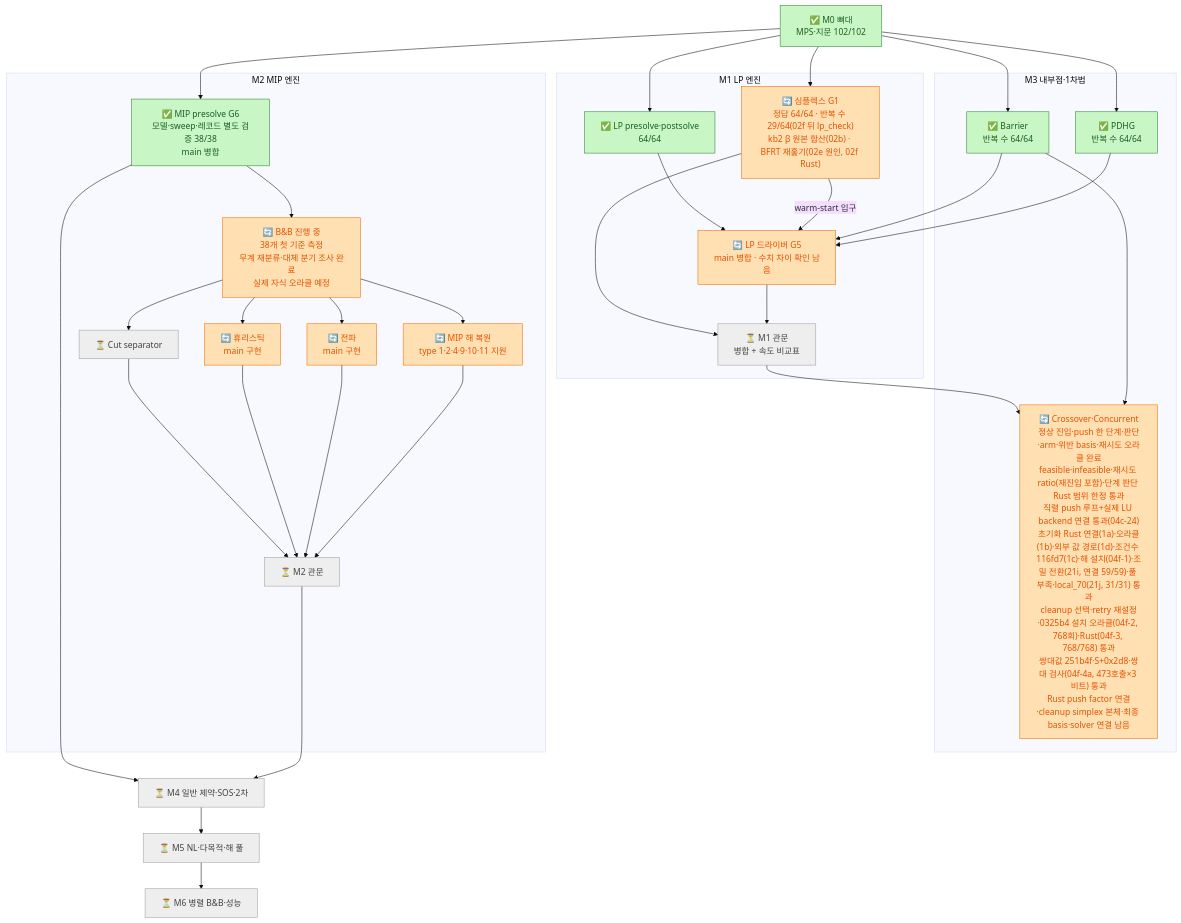
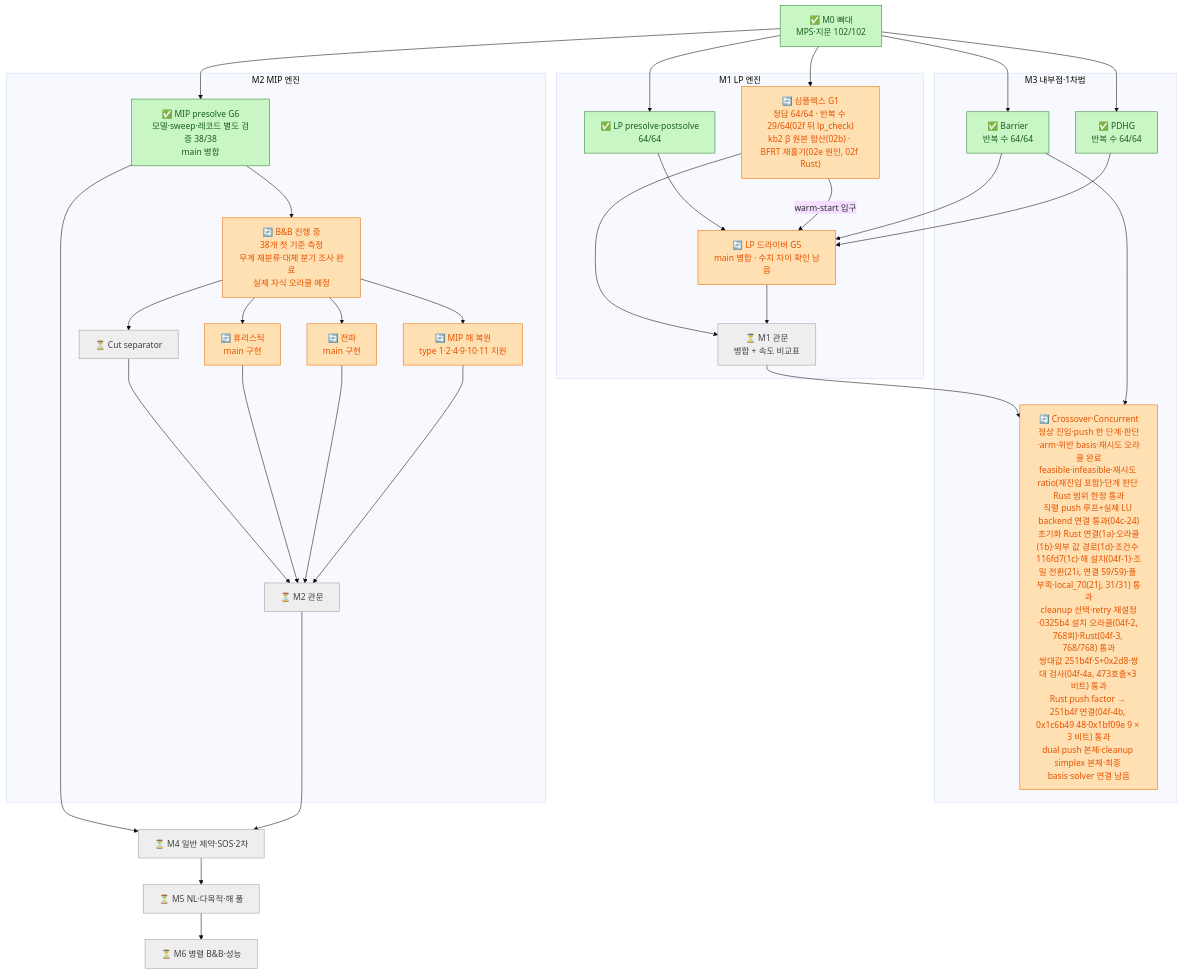
The diagram in docs/12_roadmap_diagram.md (kjh278231/kerobi), drawn with Mermaid (base theme) before and after one commit. The commit also changed other lines of this file and 7 other files, not shown here.

Commit message:
M3-04f-4b: 결과·판정·교훈·인계·진행 문서 — 0x1c6b49 48·0x1bf09e 9호출×3 비트 일치, 경계 변경 근거(Crossover 3 dual push)

````diff
--- a/docs/12_roadmap_diagram.md
+++ b/docs/12_roadmap_diagram.md
@@ -223,49 +225,49 @@
 ```mermaid
 flowchart TD
     classDef done fill:#c8f7c5,stroke:#2e7d32,color:#1b5e20
     classDef doing fill:#ffe0b2,stroke:#ef6c00,color:#e65100
     classDef pending fill:#bbdefb,stroke:#1565c0,color:#0d47a1
     classDef todo fill:#eeeeee,stroke:#9e9e9e,color:#424242
 
     M0["✅ M0 뼈대<br/>MPS·지문 102/102"]:::done
 
     subgraph M1["M1 LP 엔진"]
         PRE["✅ LP presolve·postsolve<br/>64/64"]:::done
         SPX["🔄 심플렉스 G1<br/>정답 64/64 · 반복 수 29/64(02f 뒤 lp_check)<br/>kb2 β 원본 합산(02b) · BFRT 재훑기(02e 원인, 02f Rust)"]:::doing
         DRV["🔄 LP 드라이버 G5<br/>main 병합 · 수치 차이 확인 남음"]:::doing
         GATE1["⏳ M1 관문<br/>병합 + 속도 비교표"]:::todo
     end
 
     subgraph M3["M3 내부점·1차법"]
         BAR["✅ Barrier<br/>반복 수 64/64"]:::done
         PDHG["✅ PDHG<br/>반복 수 64/64"]:::done
-        XO["🔄 Crossover·Concurrent<br/>정상 진입·push 한 단계·판단·arm·위반 basis·재시도 오라클 완료<br/>feasible·infeasible·재시도 ratio(재진입 포함)·단계 판단 Rust 범위 한정 통과<br/>직렬 push 루프+실제 LU backend 연결 통과(04c-24)<br/>초기화 Rust 연결(1a)·오라클(1b)·외부 값 경로(1d)·조건수 116fd7(1c)·해 설치(04f-1)·조밀 전환(21i, 연결 59/59)·풀 부족·local_70(21j, 31/31) 통과<br/>cleanup 선택·retry 재설정·0325b4 설치 오라클(04f-2, 768회)·Rust(04f-3, 768/768) 통과<br/>쌍대값 251b4f·S+0x2d8·쌍대 검사(04f-4a, 473호출×3 비트) 통과<br/>Rust push factor 연결·cleanup simplex 본체·최종 basis·solver 연결 남음"]:::doing
+        XO["🔄 Crossover·Concurrent<br/>정상 진입·push 한 단계·판단·arm·위반 basis·재시도 오라클 완료<br/>feasible·infeasible·재시도 ratio(재진입 포함)·단계 판단 Rust 범위 한정 통과<br/>직렬 push 루프+실제 LU backend 연결 통과(04c-24)<br/>초기화 Rust 연결(1a)·오라클(1b)·외부 값 경로(1d)·조건수 116fd7(1c)·해 설치(04f-1)·조밀 전환(21i, 연결 59/59)·풀 부족·local_70(21j, 31/31) 통과<br/>cleanup 선택·retry 재설정·0325b4 설치 오라클(04f-2, 768회)·Rust(04f-3, 768/768) 통과<br/>쌍대값 251b4f·S+0x2d8·쌍대 검사(04f-4a, 473호출×3 비트) 통과<br/>Rust push factor → 251b4f 연결(04f-4b, 0x1c6b49 48·0x1bf09e 9 × 3 비트) 통과<br/>dual push 본체·cleanup simplex 본체·최종 basis·solver 연결 남음"]:::doing
     end
 
     subgraph M2["M2 MIP 엔진"]
         MPRE["✅ MIP presolve G6<br/>모델·sweep·레코드 별도 검증 38/38<br/>main 병합"]:::done
         BNB["🔄 B&B 진행 중<br/>38개 첫 기준 측정<br/>무계 재분류·대체 분기 조사 완료<br/>실제 자식 오라클 예정"]:::doing
         CUT["⏳ Cut separator"]:::todo
         HEU["🔄 휴리스틱<br/>main 구현"]:::doing
         PROP["🔄 전파<br/>main 구현"]:::doing
         POST["🔄 MIP 해 복원<br/>type 1·2·4·9·10·11 지원"]:::doing
         GATE2["⏳ M2 관문"]:::todo
     end
 
     M4["⏳ M4 일반 제약·SOS·2차"]:::todo
     M5["⏳ M5 NL·다목적·해 풀"]:::todo
     M6["⏳ M6 병렬 B&B·성능"]:::todo
 
     M0 --> PRE & SPX & BAR & PDHG & MPRE
     PRE --> DRV
     BAR & PDHG --> DRV
     SPX -- "warm-start 입구" --> DRV
     SPX & DRV --> GATE1
     GATE1 --> XO
     BAR --> XO
     MPRE --> BNB
     BNB --> CUT & HEU & PROP & POST
     CUT & HEU & PROP & POST --> GATE2
     MPRE --> M4
     GATE2 --> M4 --> M5 --> M6
 ```
````
